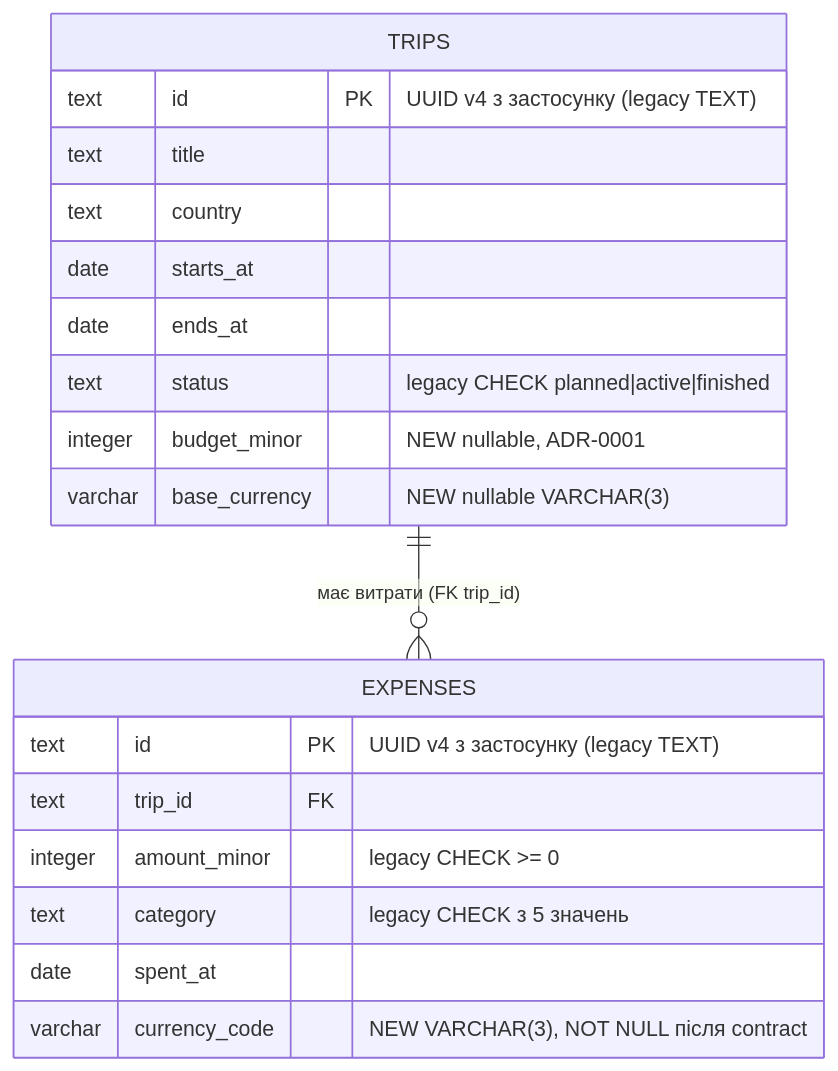
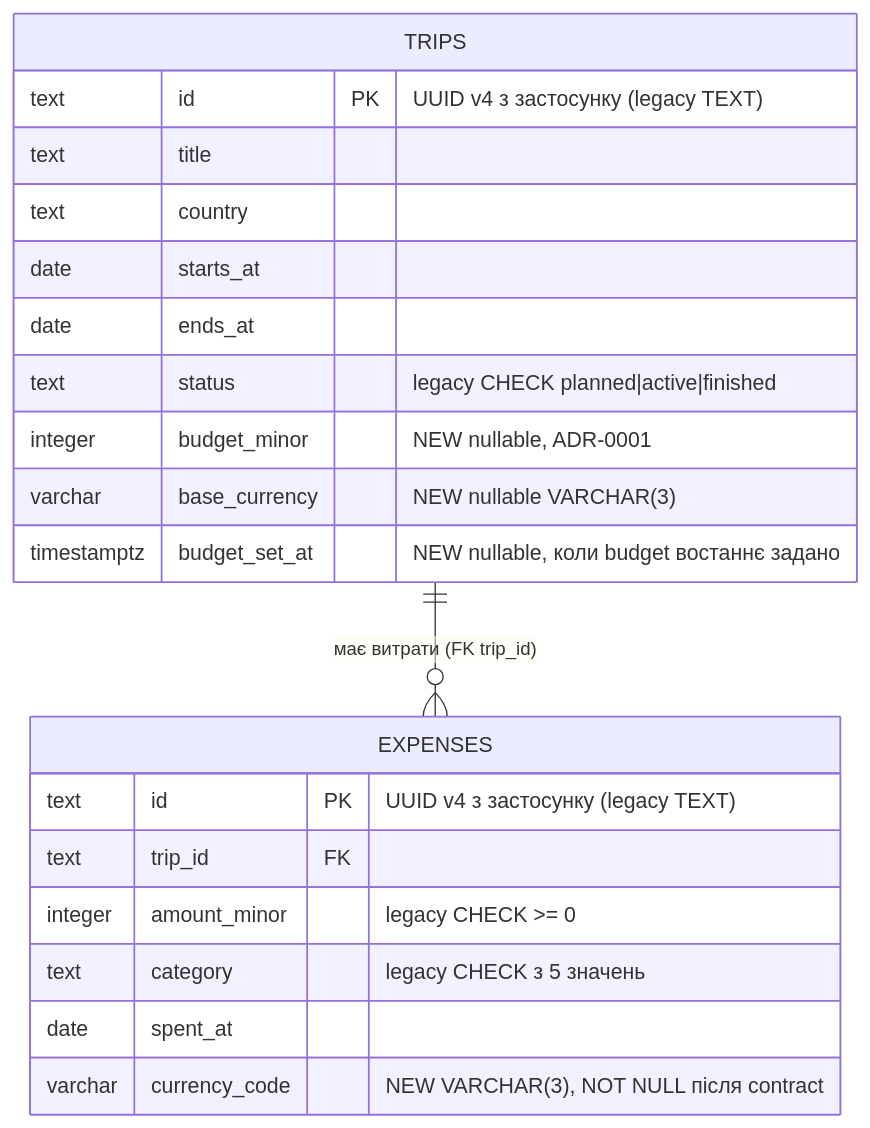
One commit to mckey/trip-ledger changed the diagram in docs/features/trip-budget/data-model.md. Above: the diagram before and after it, drawn with Mermaid. The commit also changed other lines of this file and 2 other files, not shown here.

Commit message:
data-model(trip-budget): trips.budget_set_at — момент останнього задання budget (свідоме розходження з контрактом перед reconcile)

````diff
--- a/docs/features/trip-budget/data-model.md
+++ b/docs/features/trip-budget/data-model.md
@@ -22,22 +22,23 @@
 ```mermaid
 erDiagram
     TRIPS ||--o{ EXPENSES : "має витрати (FK trip_id)"
     TRIPS {
         text id PK "UUID v4 з застосунку (legacy TEXT)"
         text title
         text country
         date starts_at
         date ends_at
         text status "legacy CHECK planned|active|finished"
         integer budget_minor "NEW nullable, ADR-0001"
         varchar base_currency "NEW nullable VARCHAR(3)"
+        timestamptz budget_set_at "NEW nullable, коли budget востаннє задано"
     }
     EXPENSES {
         text id PK "UUID v4 з застосунку (legacy TEXT)"
         text trip_id FK
         integer amount_minor "legacy CHECK >= 0"
         text category "legacy CHECK з 5 значень"
         date spent_at
         varchar currency_code "NEW VARCHAR(3), NOT NULL після contract"
     }
 ```
````
